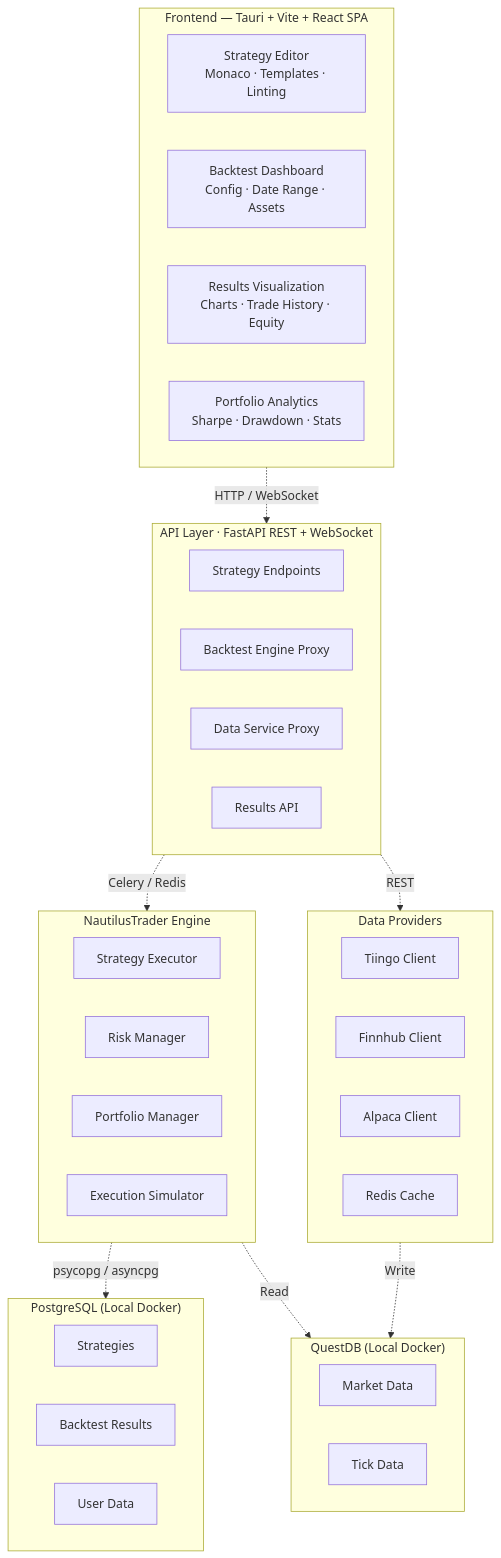
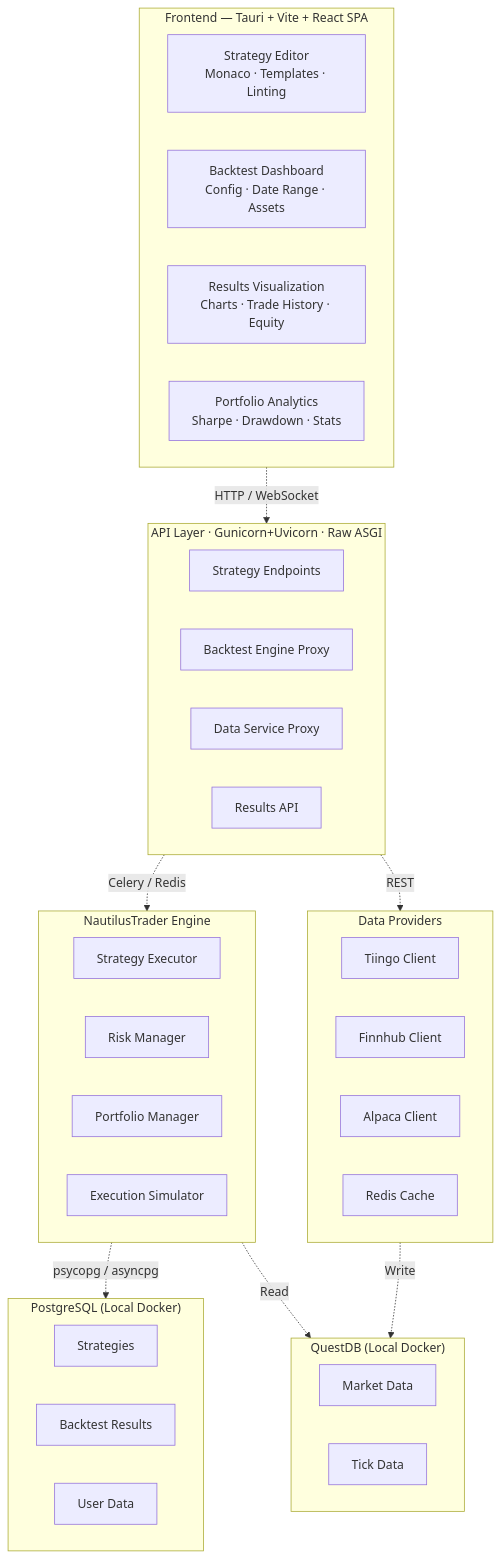
The first of 9 diagrams in system_design.md (huydhoang/quantlens-docs), drawn with Mermaid before and after one commit. The commit also changed 9 other files, not shown here.

Commit message:
Update default server stack: Gunicorn+Uvicorn Raw ASGI replaces Granian as first choice

````diff
--- a/system_design.md
+++ b/system_design.md
@@ -7,54 +7,54 @@
 ```mermaid
 flowchart TD
     subgraph Frontend["Frontend — Tauri + Vite + React SPA"]
         direction LR
         B["Strategy Editor<br/>Monaco · Templates · Linting"]
         C["Backtest Dashboard<br/>Config · Date Range · Assets"]
         D["Results Visualization<br/>Charts · Trade History · Equity"]
         E["Portfolio Analytics<br/>Sharpe · Drawdown · Stats"]
     end
 
-    subgraph API["API Layer · FastAPI REST + WebSocket"]
+    subgraph API["API Layer · Gunicorn+Uvicorn · Raw ASGI"]
         direction LR
         G[Strategy Endpoints]
         H[Backtest Engine Proxy]
         I[Data Service Proxy]
         J[Results API]
     end
 
     subgraph Nautilus["NautilusTrader Engine"]
         direction LR
         K1[Strategy Executor]
         K2[Risk Manager]
         K3[Portfolio Manager]
         K4[Execution Simulator]
     end
 
     subgraph DataProv["Data Providers"]
         direction LR
         L0[Tiingo Client]
         L1[Finnhub Client]
         L2[Alpaca Client]
         L3[Redis Cache]
     end
 
     subgraph PG["PostgreSQL (Local Docker)"]
         direction LR
         M1[Strategies]
         M2[Backtest Results]
         M3[User Data]
     end
 
     subgraph TSDB["QuestDB (Local Docker)"]
         direction LR
         N1[Market Data]
         N2[Tick Data]
     end
 
     Frontend -.->|HTTP / WebSocket| API
     API -.->|Celery / Redis| Nautilus
     API -.->|REST| DataProv
     Nautilus -.->|psycopg / asyncpg| PG
     DataProv -.->|Write| TSDB
     Nautilus -.->|Read| TSDB
 ```
````
